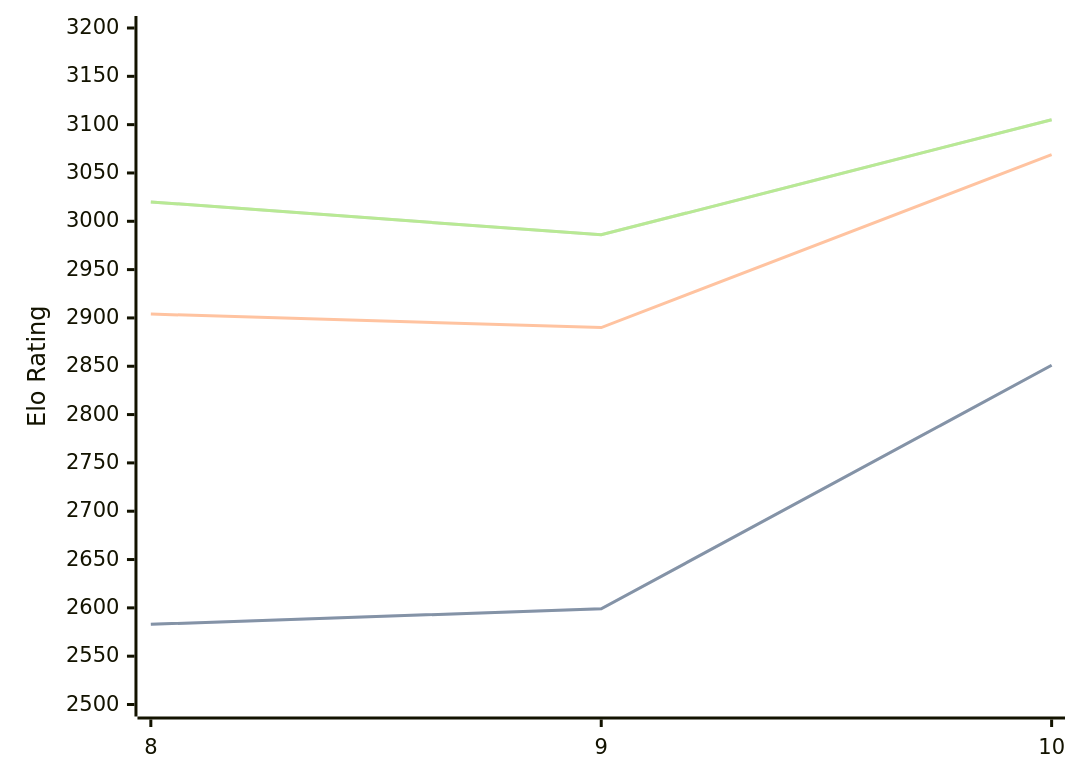
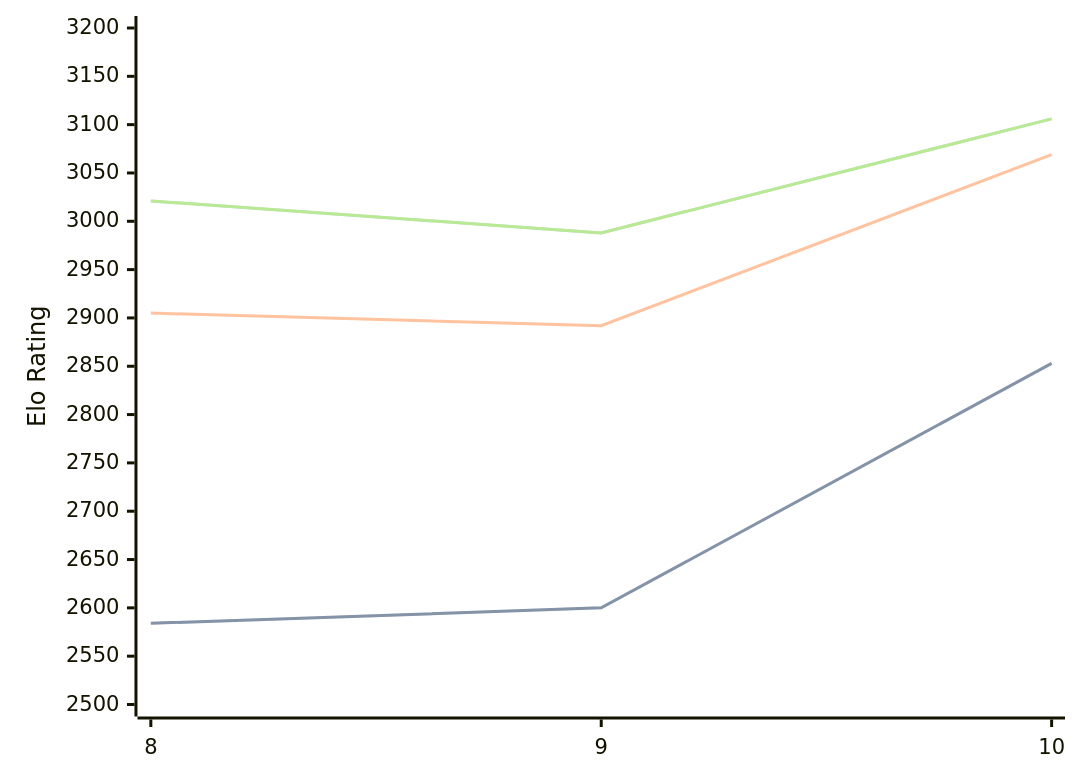
The third of 3 diagrams in engines/Lozza.md (computer-chess-index/cci), drawn with Mermaid before and after one commit. The commit also changed other lines of this file, not shown here.

Commit message:
Update CCI Ratings (ELO VLTC) - 2026-06-30

````diff
--- a/engines/Lozza.md
+++ b/engines/Lozza.md
@@ -74,11 +74,11 @@
 ```mermaid
 %%{init: {"theme":"base","themeVariables":{"seriesColors:['#a3a3a3','#222221','#faa371']}}}%%
 xychart-beta
   x-axis ["8", "9", "10"]
   y-axis "Elo Rating" 2500 --> 3200
-  line "STC (8.0+0.08s)" [2583, 2599, 2851]
-  line "STC (8.0+0.08s)" [2583, 2599, 2851]
-  line "LTC (60.0+0.60s)" [2904, 2890, 3069]
-  line "VLTC (2m24s+1.12s)" [3020, 2986, 3105]
-  line "VLTC (2m24s+1.12s)" [3020, 2986, 3105]
+  line "STC (8.0+0.08s)" [2584, 2600, 2853]
+  line "STC (8.0+0.08s)" [2584, 2600, 2853]
+  line "LTC (60.0+0.60s)" [2905, 2892, 3069]
+  line "VLTC (2m24s+1.12s)" [3021, 2988, 3106]
+  line "VLTC (2m24s+1.12s)" [3021, 2988, 3106]
 ```
````
